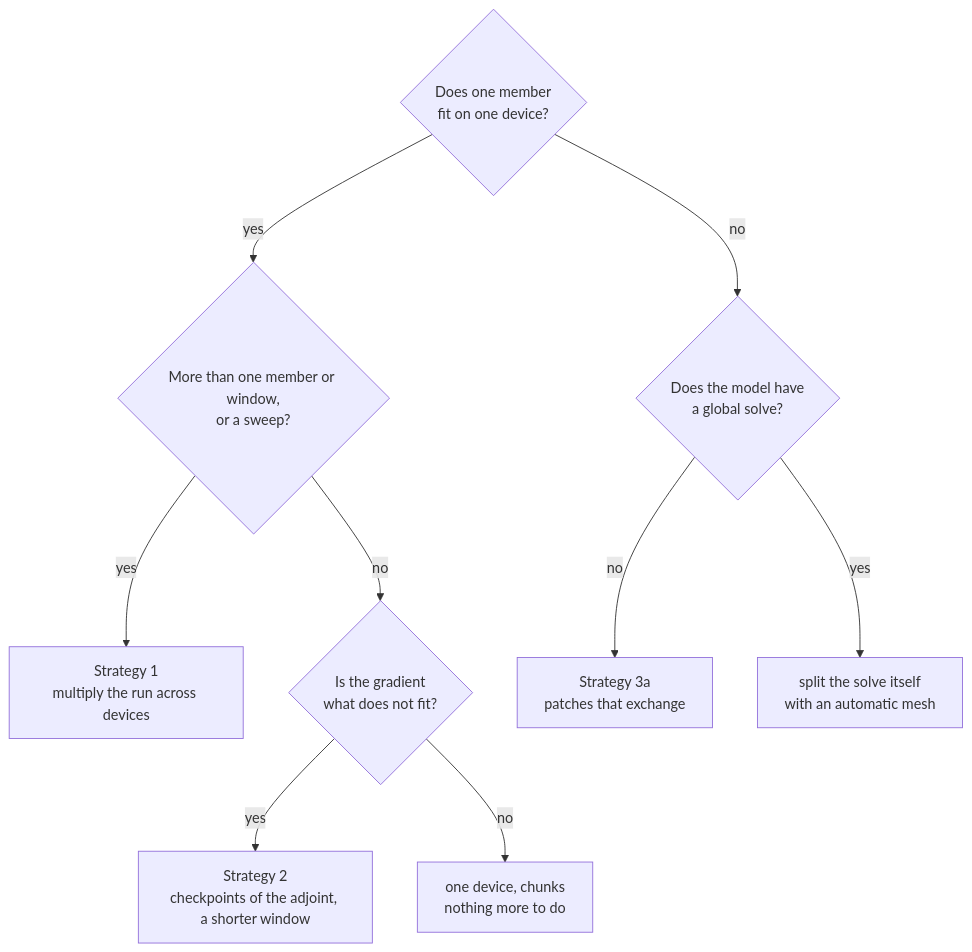
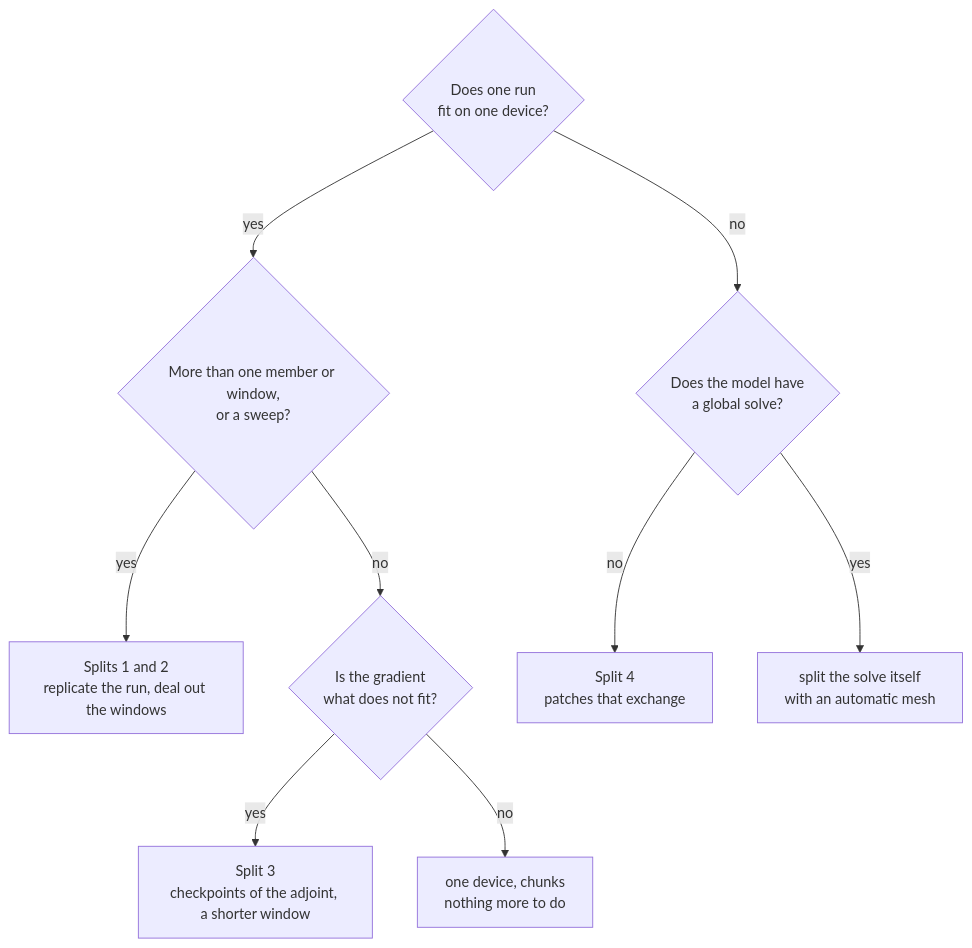
One commit to jejjohnson/sesmax changed the tenth of 10 diagrams in docs/design/sesmax_scaling.md. Above: the diagram before and after it, drawn with Mermaid. The commit also changed other lines of this file, not shown here.

Commit message:
docs(design): the scaling page as one design per split, with the data and the model as splits

````diff
--- a/docs/design/sesmax_scaling.md
+++ b/docs/design/sesmax_scaling.md
@@ -363,12 +732,12 @@
 ```mermaid
 flowchart TD
-    q0{"Does one member<br/>fit on one device?"}
+    q0{"Does one run<br/>fit on one device?"}
     q0 -->|yes| q1{"More than one member or window,<br/>or a sweep?"}
-    q1 -->|yes| s2["Strategy 1<br/>multiply the run across devices"]
+    q1 -->|yes| s2["Splits 1 and 2<br/>replicate the run, deal out the windows"]
     q1 -->|no| q2{"Is the gradient<br/>what does not fit?"}
-    q2 -->|yes| s1["Strategy 2<br/>checkpoints of the adjoint, a shorter window"]
+    q2 -->|yes| s1["Split 3<br/>checkpoints of the adjoint, a shorter window"]
     q2 -->|no| s0["one device, chunks<br/>nothing more to do"]
     q0 -->|no| q3{"Does the model have<br/>a global solve?"}
-    q3 -->|no| s3["Strategy 3a<br/>patches that exchange"]
+    q3 -->|no| s3["Split 4<br/>patches that exchange"]
     q3 -->|yes| s4["split the solve itself<br/>with an automatic mesh"]
 ```
````
